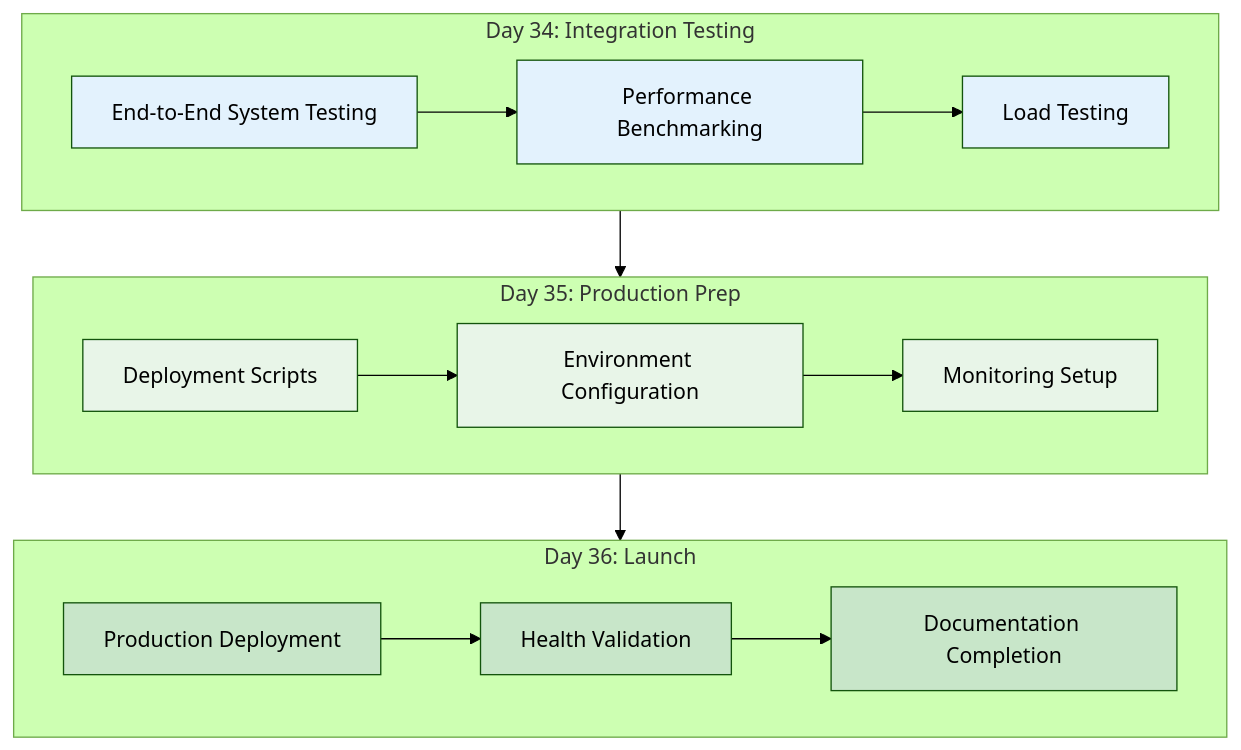
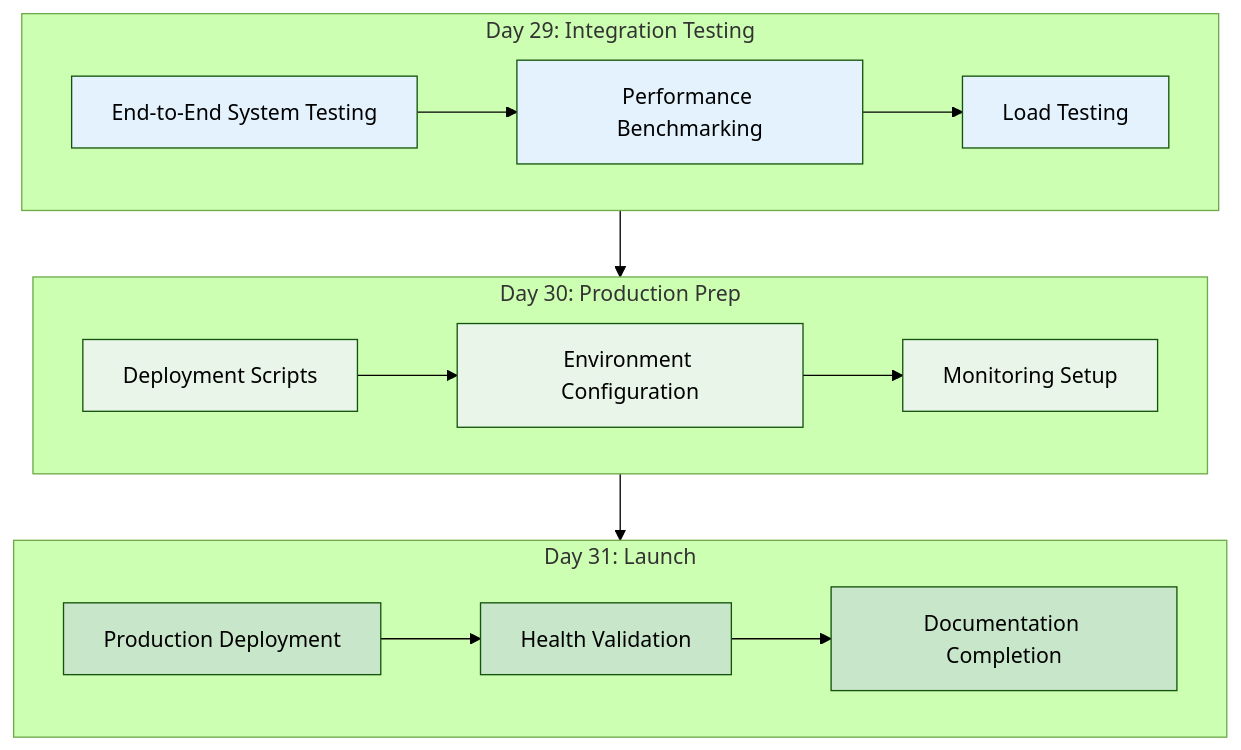
Before and after one commit to stakeordie/emp-job-queue: diagram 16 of 16 in apps/docs/src/10-development-notes/2025-08-26-unified-modernization-plan.md, drawn with Mermaid (forest theme). The commit also changed other lines of this file, not shown here.

````diff
--- a/apps/docs/src/10-development-notes/2025-08-26-unified-modernization-plan.md
+++ b/apps/docs/src/10-development-notes/2025-08-26-unified-modernization-plan.md
@@ -1476,27 +1224,27 @@
 ```mermaid
 flowchart TD
-    subgraph Day34["Day 34: Integration Testing"]
-        D34A["End-to-End System Testing"] --> D34B["Performance Benchmarking"]
-        D34B --> D34C["Load Testing"]
+    subgraph Day29["Day 29: Integration Testing"]
+        D29A["End-to-End System Testing"] --> D29B["Performance Benchmarking"]
+        D29B --> D29C["Load Testing"]
     end
     
-    subgraph Day35["Day 35: Production Prep"]
-        D35A["Deployment Scripts"] --> D35B["Environment Configuration"]
-        D35B --> D35C["Monitoring Setup"]
+    subgraph Day30["Day 30: Production Prep"]
+        D30A["Deployment Scripts"] --> D30B["Environment Configuration"]
+        D30B --> D30C["Monitoring Setup"]
     end
     
-    subgraph Day36["Day 36: Launch"]
-        D36A["Production Deployment"] --> D36B["Health Validation"]
-        D36B --> D36C["Documentation Completion"]
+    subgraph Day31["Day 31: Launch"]
+        D31A["Production Deployment"] --> D31B["Health Validation"]
+        D31B --> D31C["Documentation Completion"]
     end
     
-    Day34 --> Day35 --> Day36
+    Day29 --> Day30 --> Day31
     
     classDef testingStyle fill:#e3f2fd
     classDef prepStyle fill:#e8f5e8
     classDef launchStyle fill:#c8e6c9
     
-    class D34A,D34B,D34C testingStyle
-    class D35A,D35B,D35C prepStyle
-    class D36A,D36B,D36C launchStyle
+    class D29A,D29B,D29C testingStyle
+    class D30A,D30B,D30C prepStyle
+    class D31A,D31B,D31C launchStyle
 ```
````
